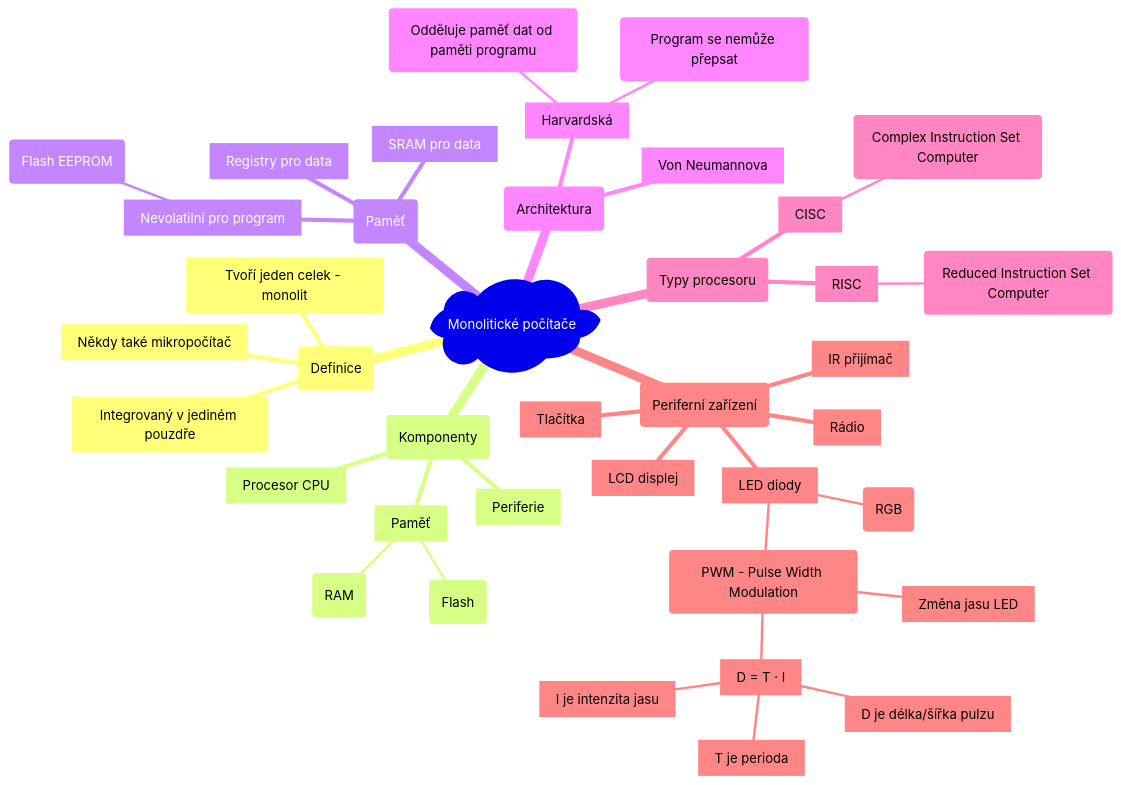
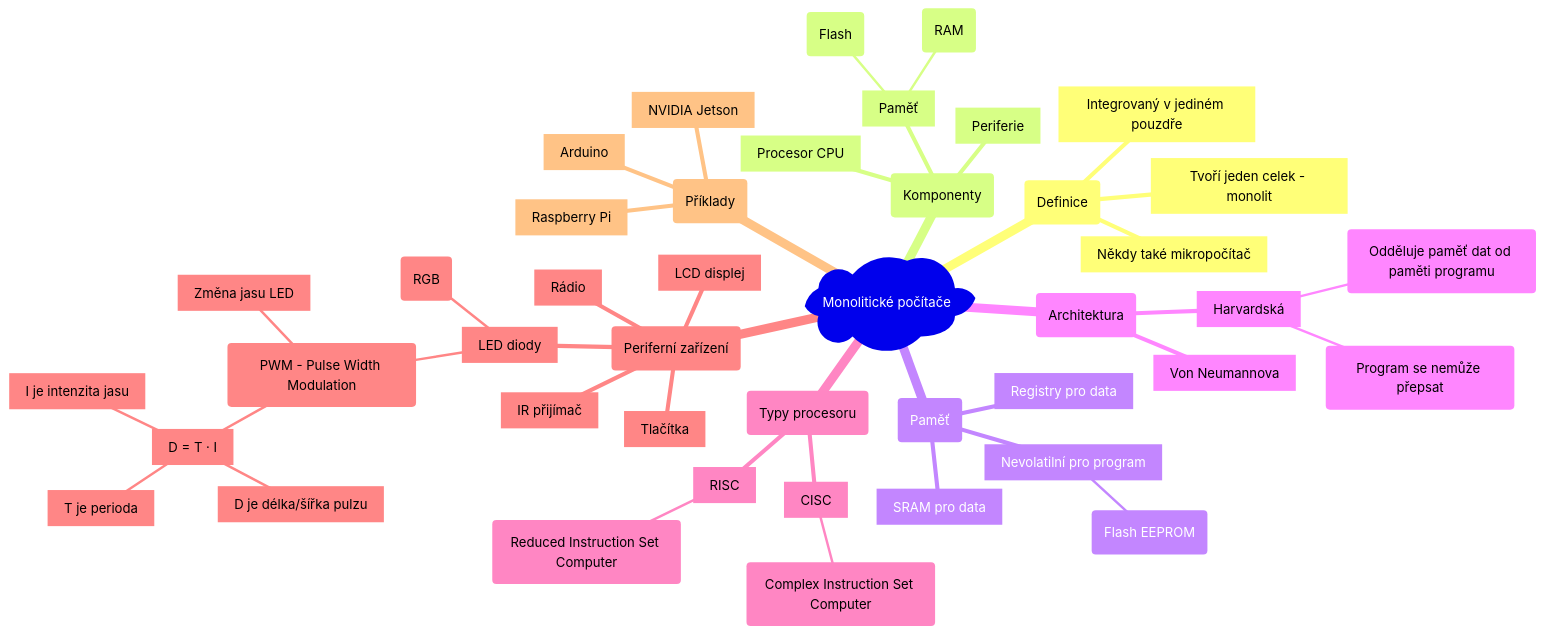
One commit to matejfric/mdbook changed the second of 6 diagrams in src/it/systems_and_networking.md. Above: the diagram before and after it, drawn with Mermaid. The commit also changed other lines of this file and 7 other files, not shown here.

````diff
--- a/src/it/systems_and_networking.md
+++ b/src/it/systems_and_networking.md
@@ -99,42 +103,46 @@
 ```mermaid
 mindmap
   root)Monolitické počítače(
     (Definice)
       [Integrovaný v jediném pouzdře]
       [Tvoří jeden celek - monolit]
       [Někdy také mikropočítač]
     (Komponenty)
       [Procesor CPU]
       [Paměť]
         (RAM)
         (Flash)
       [Periferie]
     (Paměť)
       [Nevolatilní pro program]
         (Flash EEPROM)
       [SRAM pro data]
       [Registry pro data]
     (Architektura)
       [Harvardská]
         (Odděluje paměť dat od paměti programu)
         (Program se nemůže přepsat)
       [Von Neumannova]
     (Typy procesoru)
       [CISC]
         (Complex Instruction Set Computer)
       [RISC]
         (Reduced Instruction Set Computer)
     (Periferní zařízení)
       [LCD displej]
       [LED diody]
         (RGB)
         (PWM - Pulse Width Modulation)
           [Změna jasu LED]
           [D = T · I]
             [D je délka/šířka pulzu]
             [T je perioda]
             [I je intenzita jasu]
       [Tlačítka]
       [Rádio]
       [IR přijímač]
+    (Příklady)
+      [NVIDIA Jetson]
+      [Arduino]
+      [Raspberry Pi]
 ```
````
